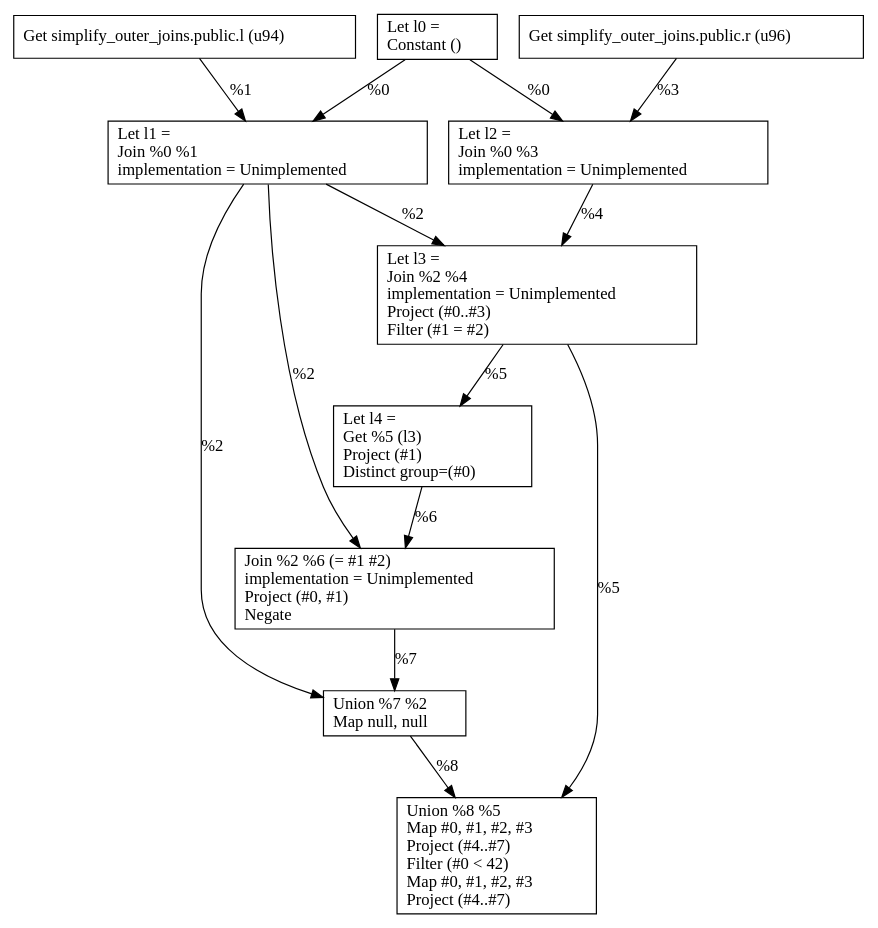
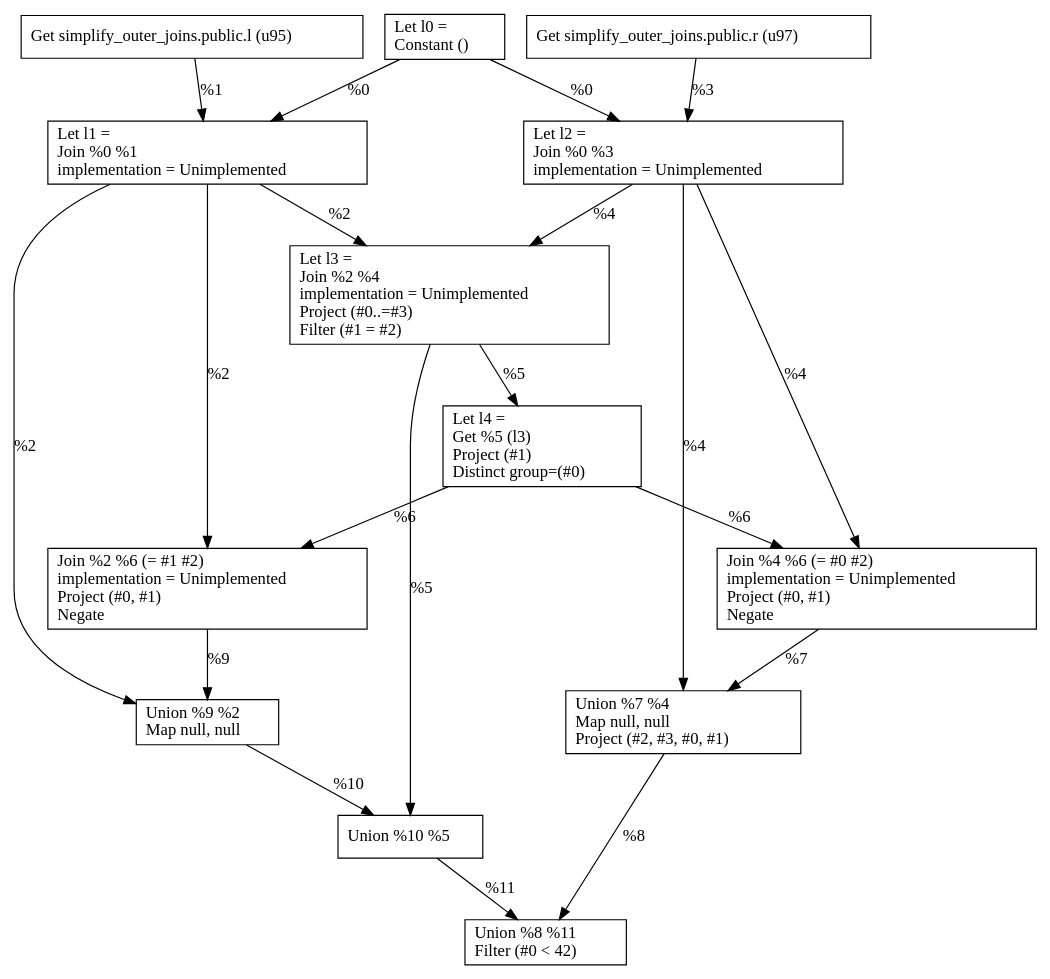
One commit to aalexandrov/mzt-repos changed the diagram in simplify_outer_joins/94858040/decorrelated-plan.dot. Above: the diagram before and after it, drawn with Graphviz. The commit also changed 848 other files, not shown here.

Commit message:
simplify_outer_joins (v3)

```diff
--- a/simplify_outer_joins/94858040/decorrelated-plan.dot
+++ b/simplify_outer_joins/94858040/decorrelated-plan.dot
@@ -1,25 +1,34 @@
 digraph G {
     node0 [shape = record, label="Let l0 =\l Constant ()\l"]
-    node1 [shape = record, label=" Get simplify_outer_joins.public.l (u94)\l"]
+    node1 [shape = record, label=" Get simplify_outer_joins.public.l (u95)\l"]
     node2 [shape = record, label="Let l1 =\l Join %0 %1\l  implementation = Unimplemented\l"]
-    node3 [shape = record, label=" Get simplify_outer_joins.public.r (u96)\l"]
+    node3 [shape = record, label=" Get simplify_outer_joins.public.r (u97)\l"]
     node4 [shape = record, label="Let l2 =\l Join %0 %3\l  implementation = Unimplemented\l"]
-    node5 [shape = record, label="Let l3 =\l Join %2 %4\l  implementation = Unimplemented\l Project (#0..#3)\l Filter (#1 = #2)\l"]
+    node5 [shape = record, label="Let l3 =\l Join %2 %4\l  implementation = Unimplemented\l Project (#0..=#3)\l Filter (#1 = #2)\l"]
     node6 [shape = record, label="Let l4 =\l Get %5 (l3)\l Project (#1)\l Distinct group=(#0)\l"]
-    node7 [shape = record, label=" Join %2 %6 (= #1 #2)\l  implementation = Unimplemented\l Project (#0, #1)\l Negate\l"]
-    node8 [shape = record, label=" Union %7 %2\l Map null, null\l"]
-    node9 [shape = record, label=" Union %8 %5\l Map #0, #1, #2, #3\l Project (#4..#7)\l Filter (#0 \< 42)\l Map #0, #1, #2, #3\l Project (#4..#7)\l"]
+    node7 [shape = record, label=" Join %4 %6 (= #0 #2)\l  implementation = Unimplemented\l Project (#0, #1)\l Negate\l"]
+    node8 [shape = record, label=" Union %7 %4\l Map null, null\l Project (#2, #3, #0, #1)\l"]
+    node9 [shape = record, label=" Join %2 %6 (= #1 #2)\l  implementation = Unimplemented\l Project (#0, #1)\l Negate\l"]
+    node10 [shape = record, label=" Union %9 %2\l Map null, null\l"]
+    node11 [shape = record, label=" Union %10 %5\l"]
+    node12 [shape = record, label=" Union %8 %11\l Filter (#0 \< 42)\l"]
+    node4 -> node8 [label = "%4\l"]
+    node2 -> node5 [label = "%2\l"]
+    node0 -> node2 [label = "%0\l"]
+    node9 -> node10 [label = "%9\l"]
+    node4 -> node5 [label = "%4\l"]
+    node11 -> node12 [label = "%11\l"]
+    node3 -> node4 [label = "%3\l"]
+    node5 -> node11 [label = "%5\l"]
+    node5 -> node6 [label = "%5\l"]
+    node6 -> node7 [label = "%6\l"]
+    node10 -> node11 [label = "%10\l"]
+    node8 -> node12 [label = "%8\l"]
+    node6 -> node9 [label = "%6\l"]
     node7 -> node8 [label = "%7\l"]
+    node0 -> node4 [label = "%0\l"]
+    node4 -> node7 [label = "%4\l"]
     node1 -> node2 [label = "%1\l"]
-    node3 -> node4 [label = "%3\l"]
-    node5 -> node6 [label = "%5\l"]
-    node4 -> node5 [label = "%4\l"]
-    node8 -> node9 [label = "%8\l"]
-    node0 -> node4 [label = "%0\l"]
-    node2 -> node7 [label = "%2\l"]
-    node2 -> node5 [label = "%2\l"]
-    node6 -> node7 [label = "%6\l"]
-    node0 -> node2 [label = "%0\l"]
-    node2 -> node8 [label = "%2\l"]
-    node5 -> node9 [label = "%5\l"]
+    node2 -> node10 [label = "%2\l"]
+    node2 -> node9 [label = "%2\l"]
 }
```
